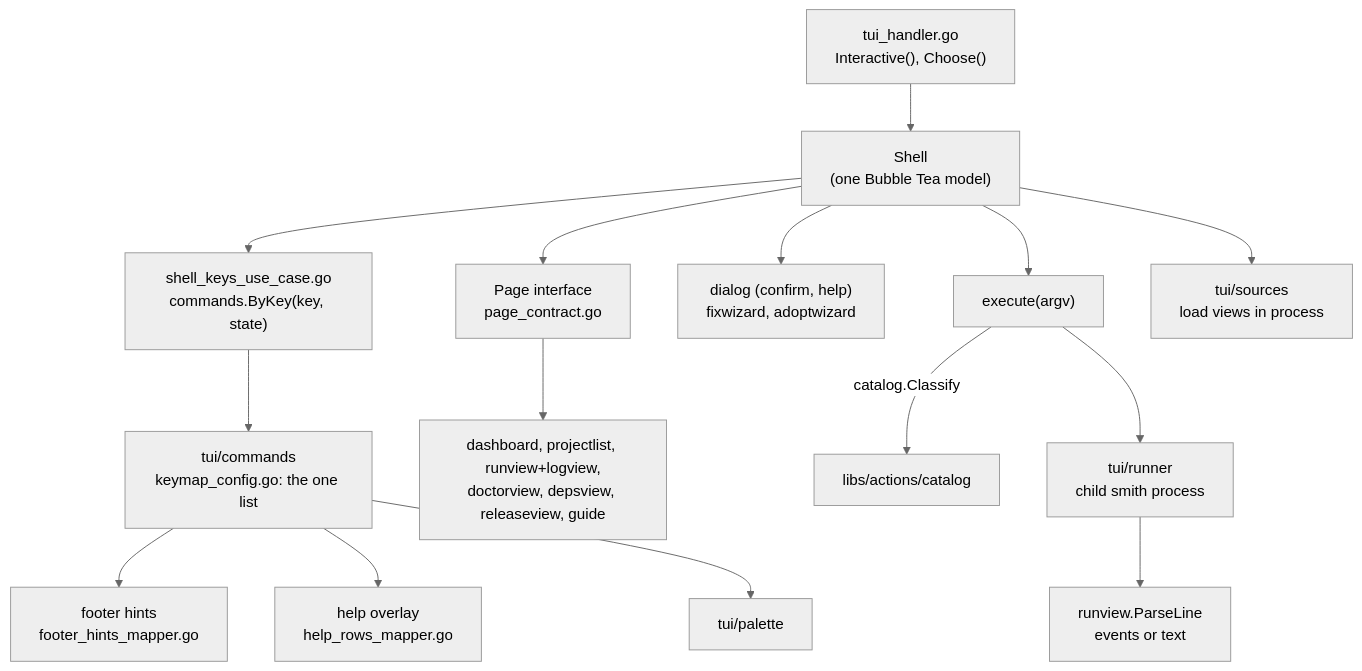
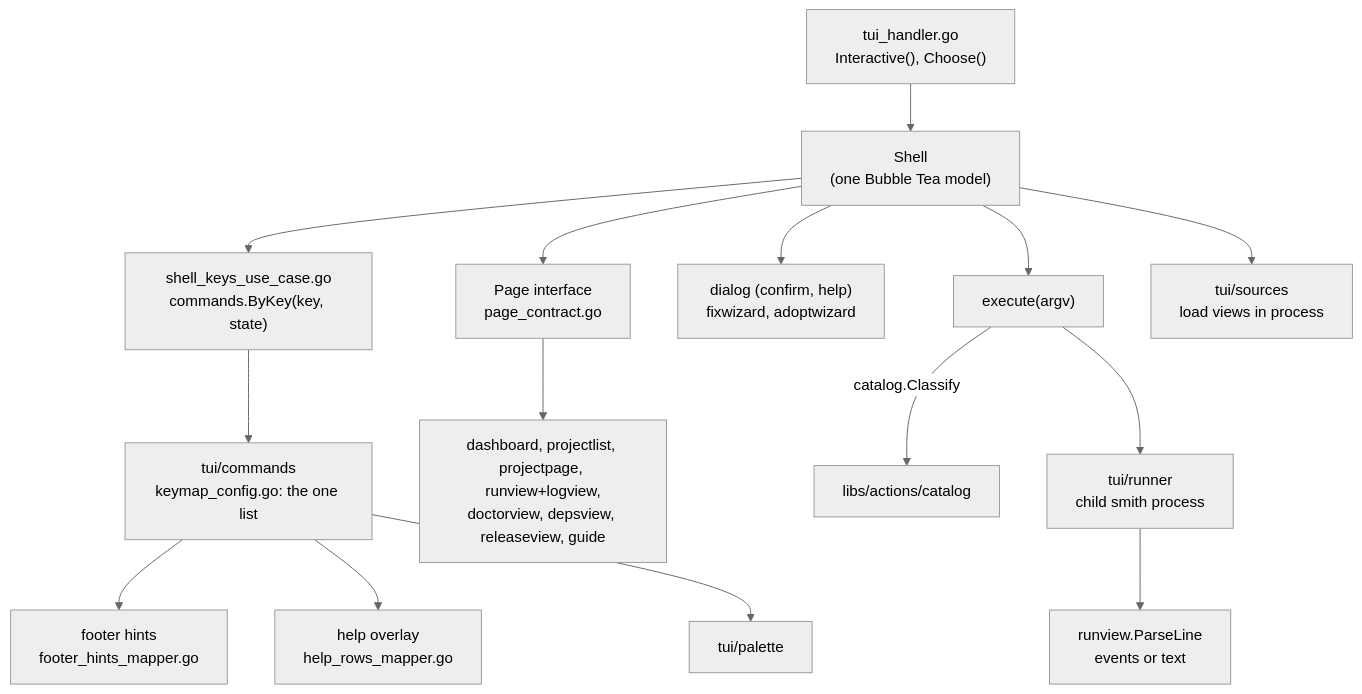
One commit to monosmith-app/monosmith changed the first of 2 diagrams in docs/architecture/tui-architecture.md. Above: the diagram before and after it, drawn with Mermaid (neutral theme). The commit also changed other lines of this file and 2 other files, not shown here.

````diff
--- a/docs/architecture/tui-architecture.md
+++ b/docs/architecture/tui-architecture.md
@@ -35,17 +35,17 @@
 ```mermaid
 flowchart TD
   handler["tui_handler.go<br/>Interactive(), Choose()"] --> shell["Shell<br/>(one Bubble Tea model)"]
   shell --> keys["shell_keys_use_case.go<br/>commands.ByKey(key, state)"]
   keys --> keymap["tui/commands<br/>keymap_config.go: the one list"]
   keymap --> footer["footer hints<br/>footer_hints_mapper.go"]
   keymap --> help["help overlay<br/>help_rows_mapper.go"]
   keymap --> palette["tui/palette"]
   shell --> pages["Page interface<br/>page_contract.go"]
-  pages --> views["dashboard, projectlist, runview+logview,<br/>doctorview, depsview, releaseview, guide"]
+  pages --> views["dashboard, projectlist, projectpage, runview+logview,<br/>doctorview, depsview, releaseview, guide"]
   shell --> dialogs["dialog (confirm, help)<br/>fixwizard, adoptwizard"]
   shell --> exec["execute(argv)"]
   exec -->|"catalog.Classify"| classify["libs/actions/catalog"]
   exec --> runner["tui/runner<br/>child smith process"]
   shell --> sources["tui/sources<br/>load views in process"]
   runner --> runview["runview.ParseLine<br/>events or text"]
 ```
````
